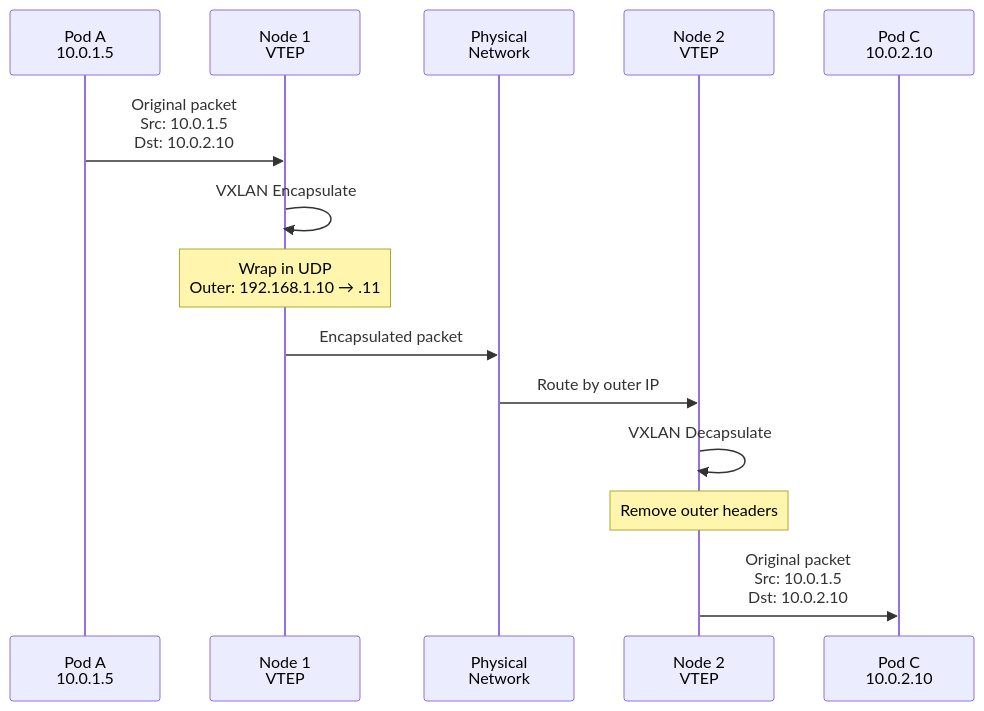
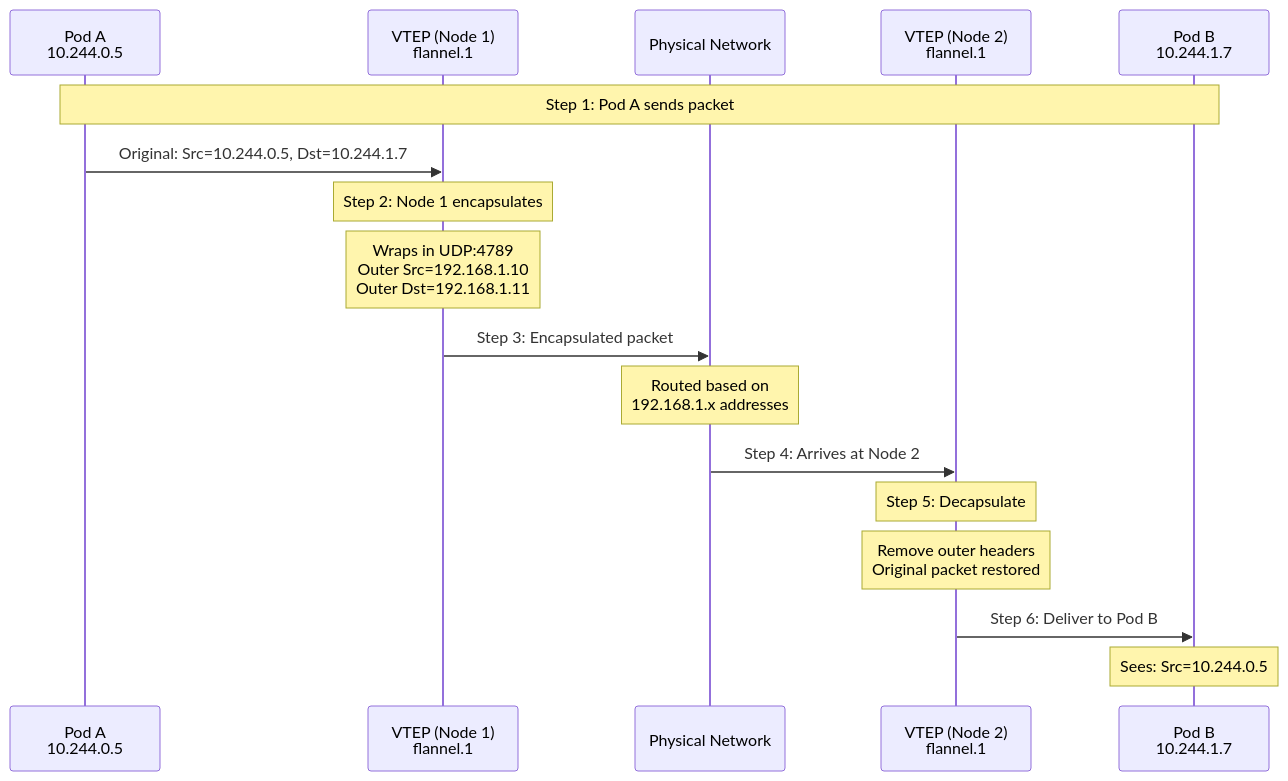
One commit to selvakumarperumal/k8s_minikube_learn changed the first of 2 diagrams in cni_networking/05-cross-node-networking.md. Above: the diagram before and after it, drawn with Mermaid. The commit also changed other lines of this file and 4 other files, not shown here.

````diff
--- a/cni_networking/05-cross-node-networking.md
+++ b/cni_networking/05-cross-node-networking.md
@@ -168,21 +194,25 @@
 ```mermaid
 sequenceDiagram
-    participant PodA as Pod A<br/>10.0.1.5
-    participant Node1 as Node 1<br/>VTEP
-    participant Network as Physical<br/>Network
-    participant Node2 as Node 2<br/>VTEP
-    participant PodC as Pod C<br/>10.0.2.10
+    participant PodA as Pod A<br/>10.244.0.5
+    participant VTEP1 as VTEP (Node 1)<br/>flannel.1
+    participant Physical as Physical Network
+    participant VTEP2 as VTEP (Node 2)<br/>flannel.1
+    participant PodB as Pod B<br/>10.244.1.7
     
-    PodA->>Node1: Original packet<br/>Src: 10.0.1.5<br/>Dst: 10.0.2.10
+    Note over PodA,PodB: Step 1: Pod A sends packet
+    PodA->>VTEP1: Original: Src=10.244.0.5, Dst=10.244.1.7
     
-    Node1->>Node1: VXLAN Encapsulate
-    Note over Node1: Wrap in UDP<br/>Outer: 192.168.1.10 → .11
+    Note over VTEP1: Step 2: Node 1 encapsulates
+    Note over VTEP1: Wraps in UDP:4789<br/>Outer Src=192.168.1.10<br/>Outer Dst=192.168.1.11
     
-    Node1->>Network: Encapsulated packet
-    Network->>Node2: Route by outer IP
+    VTEP1->>Physical: Step 3: Encapsulated packet
+    Note over Physical: Routed based on<br/>192.168.1.x addresses
     
-    Node2->>Node2: VXLAN Decapsulate
-    Note over Node2: Remove outer headers
+    Physical->>VTEP2: Step 4: Arrives at Node 2
     
-    Node2->>PodC: Original packet<br/>Src: 10.0.1.5<br/>Dst: 10.0.2.10
+    Note over VTEP2: Step 5: Decapsulate
+    Note over VTEP2: Remove outer headers<br/>Original packet restored
+    
+    VTEP2->>PodB: Step 6: Deliver to Pod B
+    Note over PodB: Sees: Src=10.244.0.5
 ```
````
